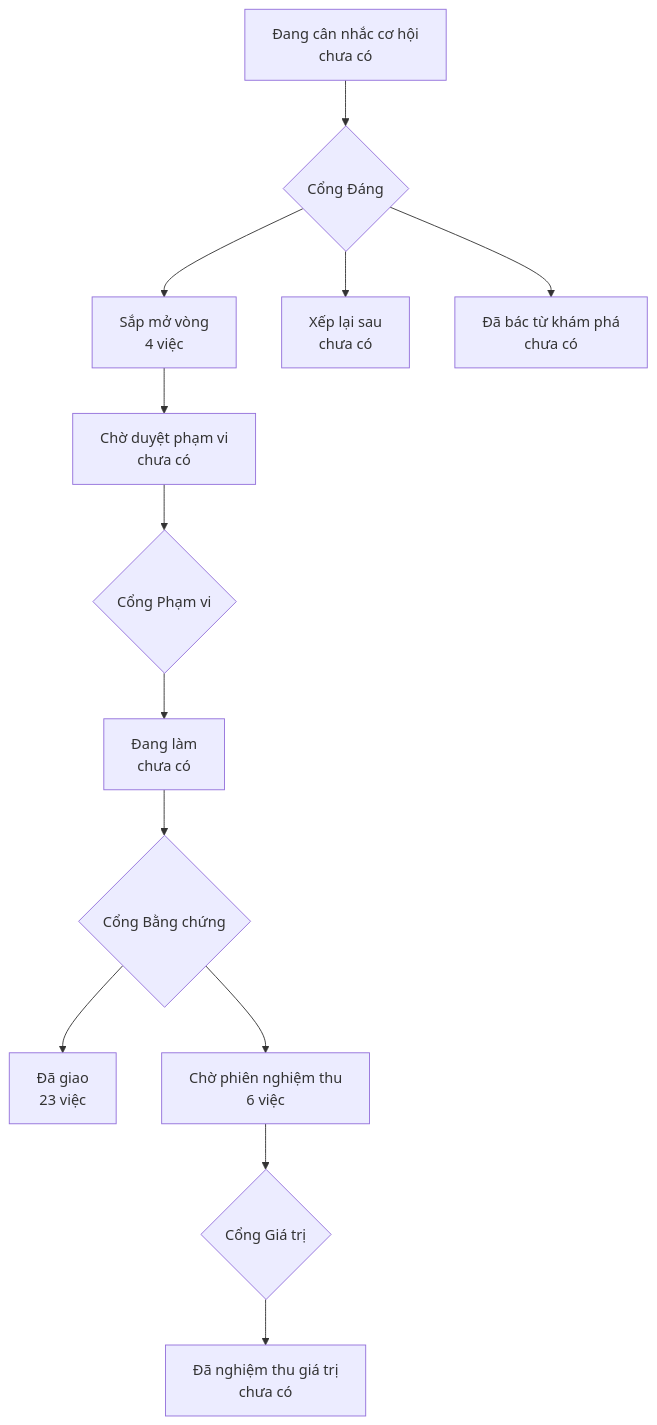
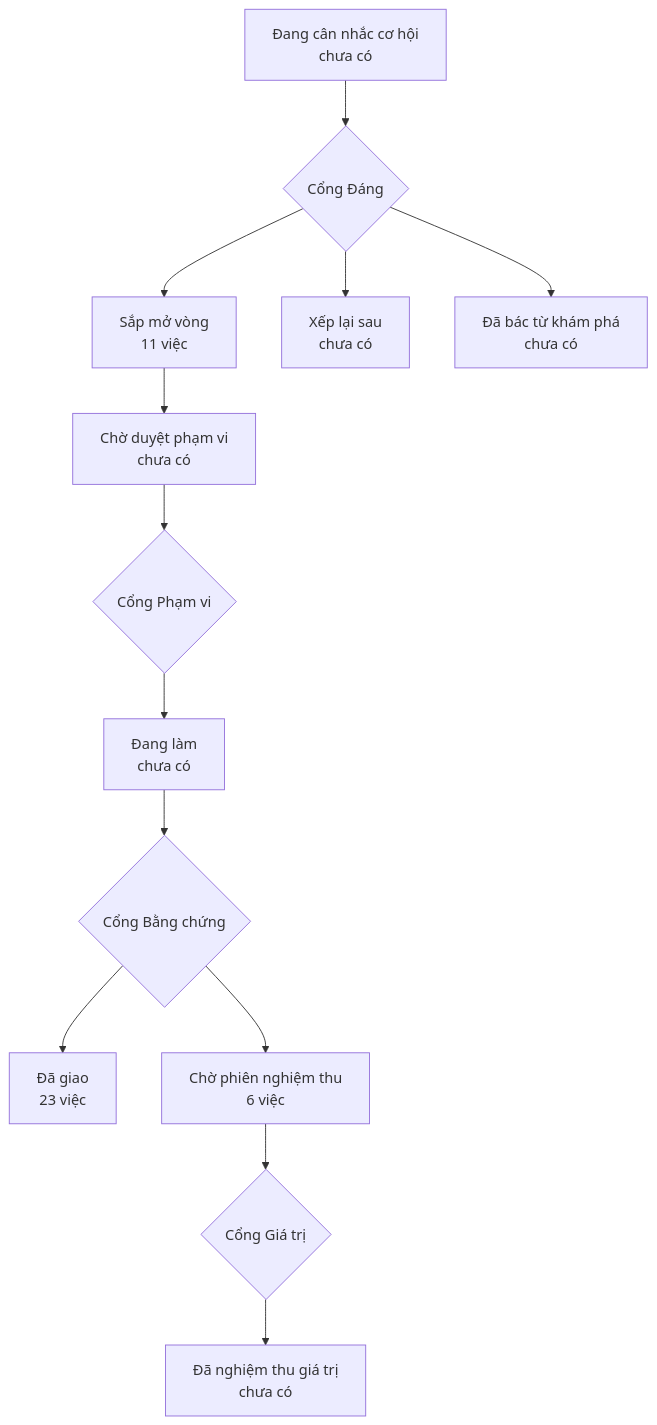
Before and after one commit to phanlemanh/onehub-invest: the diagram in PRODUCT-MAP.md, drawn with Mermaid. The commit also changed other lines of this file and 15 other files, not shown here.

````diff
--- a/PRODUCT-MAP.md
+++ b/PRODUCT-MAP.md
@@ -7,12 +7,12 @@
 ```mermaid
 flowchart TD
   A["Đang cân nhắc cơ hội<br/>chưa có"] --> GD{"Cổng Đáng"}
-  GD --> B["Sắp mở vòng<br/>4 việc"]
+  GD --> B["Sắp mở vòng<br/>11 việc"]
   GD --> XL["Xếp lại sau<br/>chưa có"]
   GD --> DB["Đã bác từ khám phá<br/>chưa có"]
   B --> CD["Chờ duyệt phạm vi<br/>chưa có"] --> GP{"Cổng Phạm vi"}
   GP --> DL["Đang làm<br/>chưa có"] --> GB{"Cổng Bằng chứng"}
   GB --> DG["Đã giao<br/>23 việc"]
   GB --> CN["Chờ phiên nghiệm thu<br/>6 việc"] --> GG{"Cổng Giá trị"}
   GG --> NT["Đã nghiệm thu giá trị<br/>chưa có"]
 ```
````
